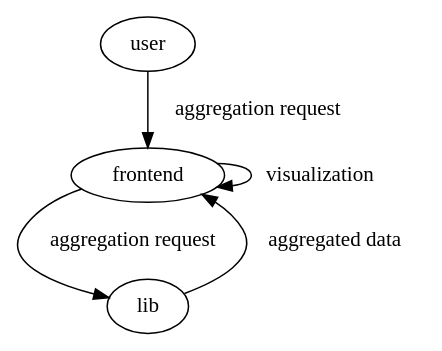
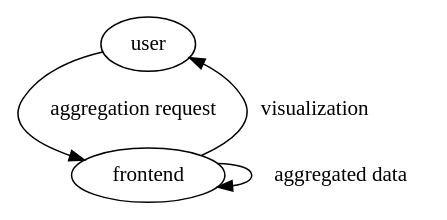
One commit to Sh4pe/pynance changed the diagram in docs/graphs/usecase_aggregation.dot. Above: the diagram before and after it, drawn with Graphviz. The commit also changed 5 other files, not shown here.

Commit message:
updated diagrams to results of recent discussions. closes #4

```diff
--- a/docs/graphs/usecase_aggregation.dot
+++ b/docs/graphs/usecase_aggregation.dot
@@ -1,6 +1,5 @@
 digraph{
     user -> frontend [label="aggregation request"]
-    frontend -> lib [label="aggregation request"]
-    lib -> frontend [label="aggregated data"]
-    frontend -> frontend [label="visualization"]
+    frontend -> frontend [label="aggregated data"]
+    frontend -> user [label="visualization"]
 }
```
